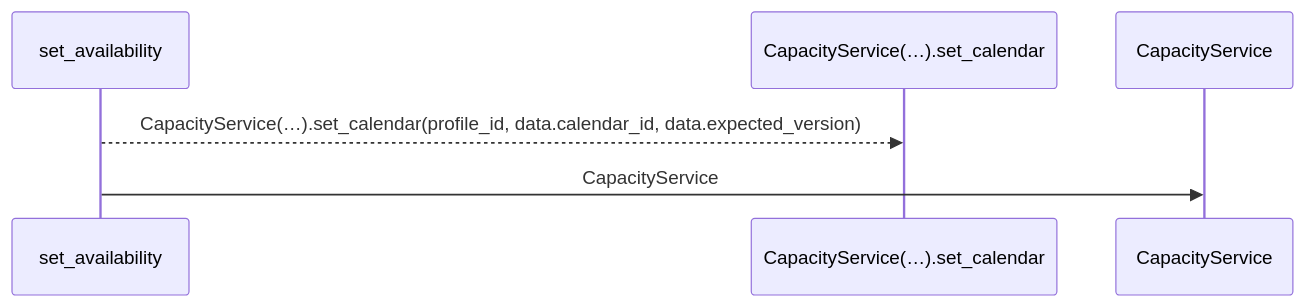
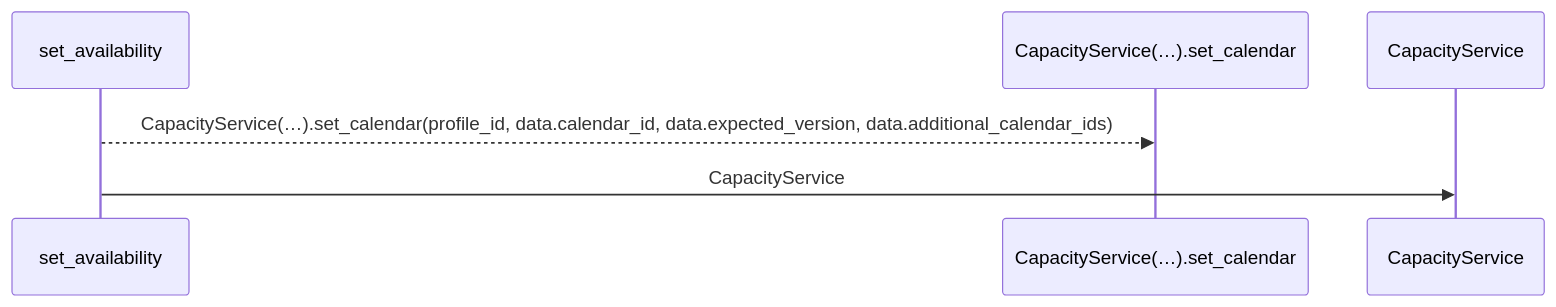
The first of 2 diagrams in docs/llm_wiki/flows/http-set_availability.md (Denissvgn/WorkChord), drawn with Mermaid before and after one commit. The commit also changed other lines of this file and 920 other files, not shown here.

````diff
--- a/docs/llm_wiki/flows/http-set_availability.md
+++ b/docs/llm_wiki/flows/http-set_availability.md
@@ -12,8 +12,8 @@
 ```mermaid
 sequenceDiagram
     participant p0 as set_availability
     participant p1 as CapacityService(…).set_calendar
     participant p2 as CapacityService
-    p0-->>p1: CapacityService(…).set_calendar(profile_id, data.calendar_id, data.expected_version)
+    p0-->>p1: CapacityService(…).set_calendar(profile_id, data.calendar_id, data.expected_version, data.additional_calendar_ids)
     p0->>p2: CapacityService
 ```
````
